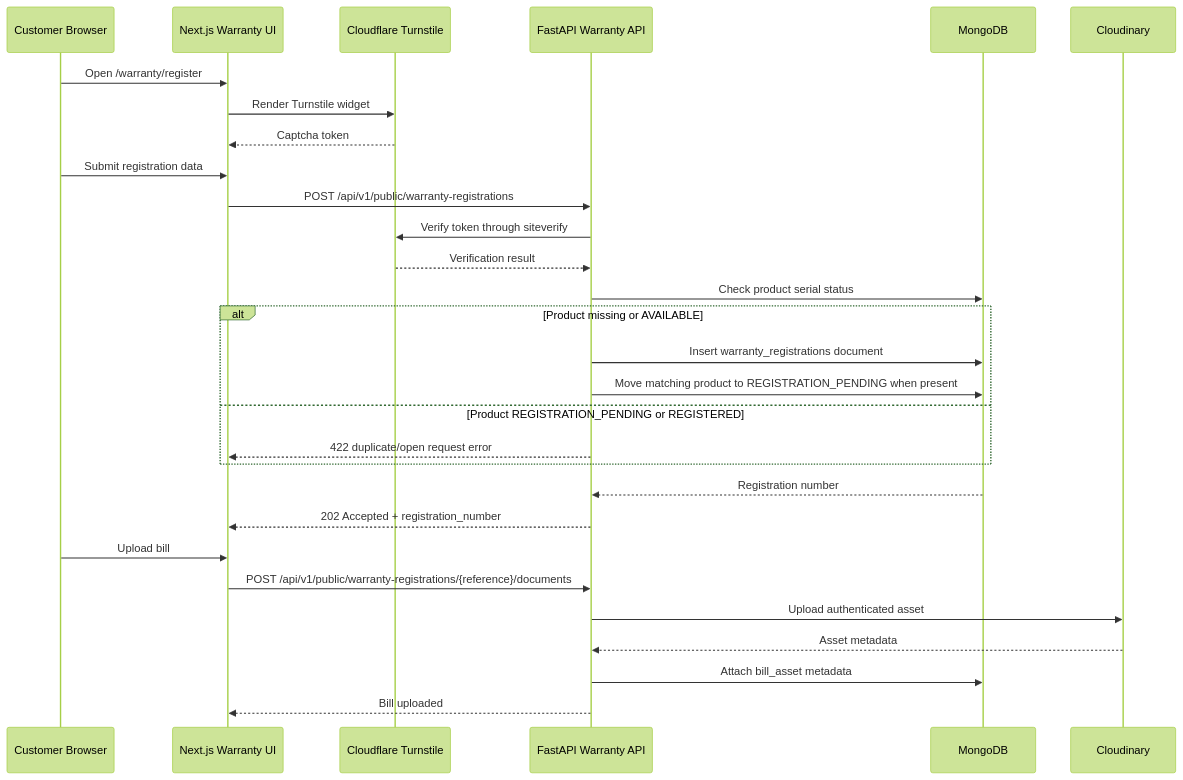
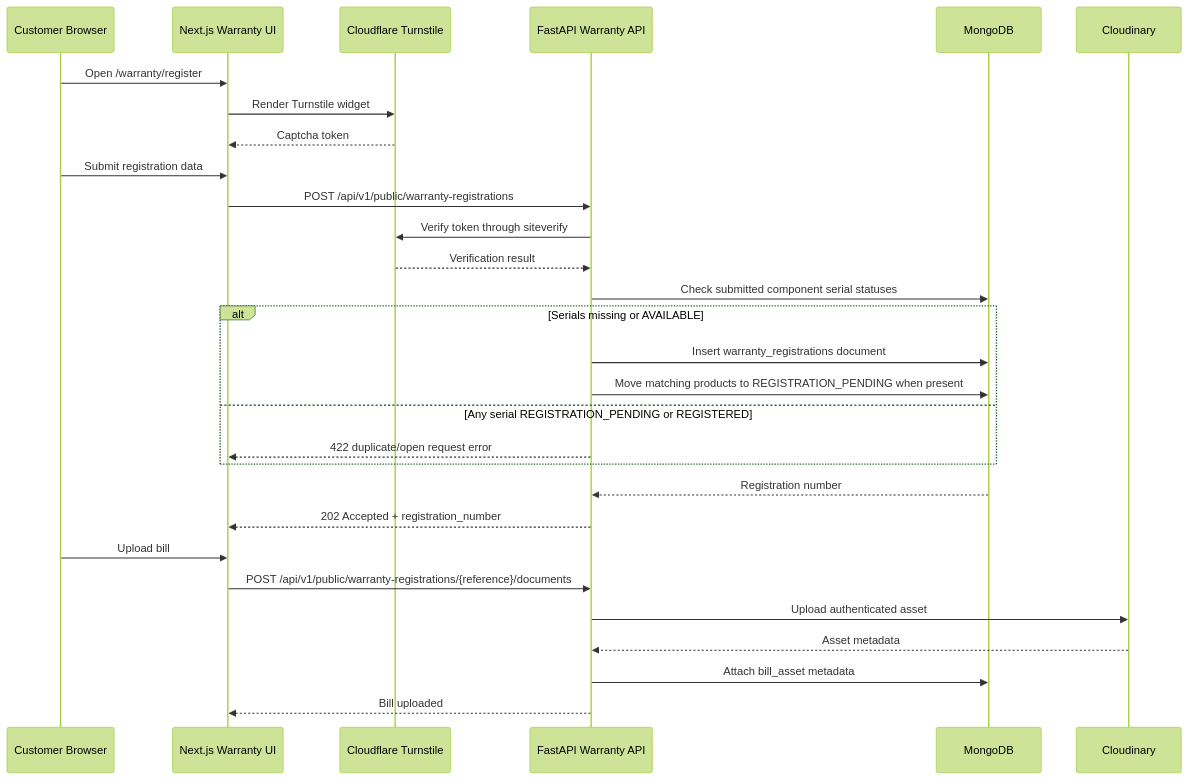
Before and after one commit to traicasolutions-pjcts/limac-website: the second of 5 diagrams in docs/LIMAC_WARRANTY_DESIGN_DOCUMENT.md, drawn with Mermaid (forest theme). The commit also changed other lines of this file and 17 other files, not shown here.

````diff
--- a/docs/LIMAC_WARRANTY_DESIGN_DOCUMENT.md
+++ b/docs/LIMAC_WARRANTY_DESIGN_DOCUMENT.md
@@ -281,32 +317,32 @@
 ```mermaid
 sequenceDiagram
   participant C as Customer Browser
   participant N as Next.js Warranty UI
   participant T as Cloudflare Turnstile
   participant A as FastAPI Warranty API
   participant M as MongoDB
   participant CL as Cloudinary
 
   C->>N: Open /warranty/register
   N->>T: Render Turnstile widget
   T-->>N: Captcha token
   C->>N: Submit registration data
   N->>A: POST /api/v1/public/warranty-registrations
   A->>T: Verify token through siteverify
   T-->>A: Verification result
-  A->>M: Check product serial status
-  alt Product missing or AVAILABLE
+  A->>M: Check submitted component serial statuses
+  alt Serials missing or AVAILABLE
     A->>M: Insert warranty_registrations document
-    A->>M: Move matching product to REGISTRATION_PENDING when present
-  else Product REGISTRATION_PENDING or REGISTERED
+    A->>M: Move matching products to REGISTRATION_PENDING when present
+  else Any serial REGISTRATION_PENDING or REGISTERED
     A-->>N: 422 duplicate/open request error
   end
   M-->>A: Registration number
   A-->>N: 202 Accepted + registration_number
   C->>N: Upload bill
   N->>A: POST /api/v1/public/warranty-registrations/{reference}/documents
   A->>CL: Upload authenticated asset
   CL-->>A: Asset metadata
   A->>M: Attach bill_asset metadata
   A-->>N: Bill uploaded
 ```
````
